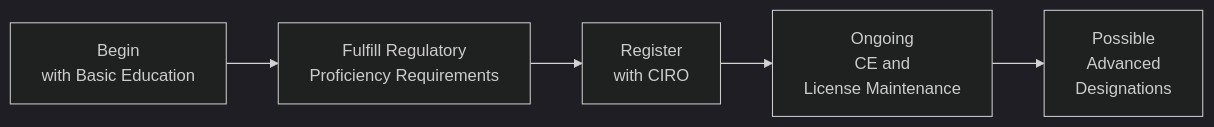
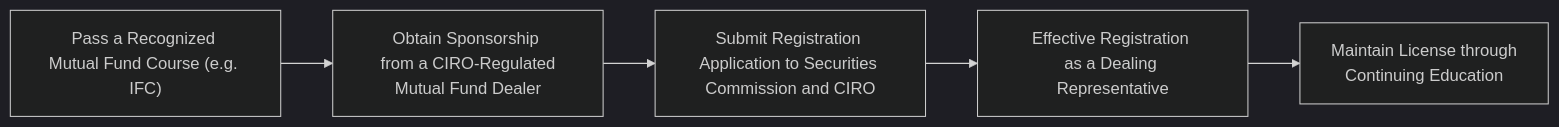
The diagram in content/ifc/1/2/index.md (MasteryEducation/SecuritiesExamsMastery.ca), drawn with Mermaid (dark theme) before and after one commit. The commit also changed other lines of this file and 130 other files, not shown here.

````diff
--- a/content/ifc/1/2/index.md
+++ b/content/ifc/1/2/index.md
@@ -75,7 +68,7 @@
 ```mermaid
 flowchart LR
-A["Begin <br/>with Basic Education"] --> B["Fulfill Regulatory <br/>Proficiency Requirements"]
-B --> C["Register <br/>with CIRO"]
-C --> D["Ongoing <br/>CE and <br/>License Maintenance"]
-D --> E["Possible <br/>Advanced <br/>Designations"]
+    A["Pass a Recognized <br/>Mutual Fund Course (e.g. IFC)"] --> B["Obtain Sponsorship <br/> from a CIRO-Regulated Mutual Fund Dealer"]
+    B --> C["Submit Registration <br/>Application to Securities Commission and CIRO"]
+    C --> D["Effective Registration <br/>as a Dealing Representative"]
+    D --> E["Maintain License through <br/>Continuing Education"]
 ```
````
